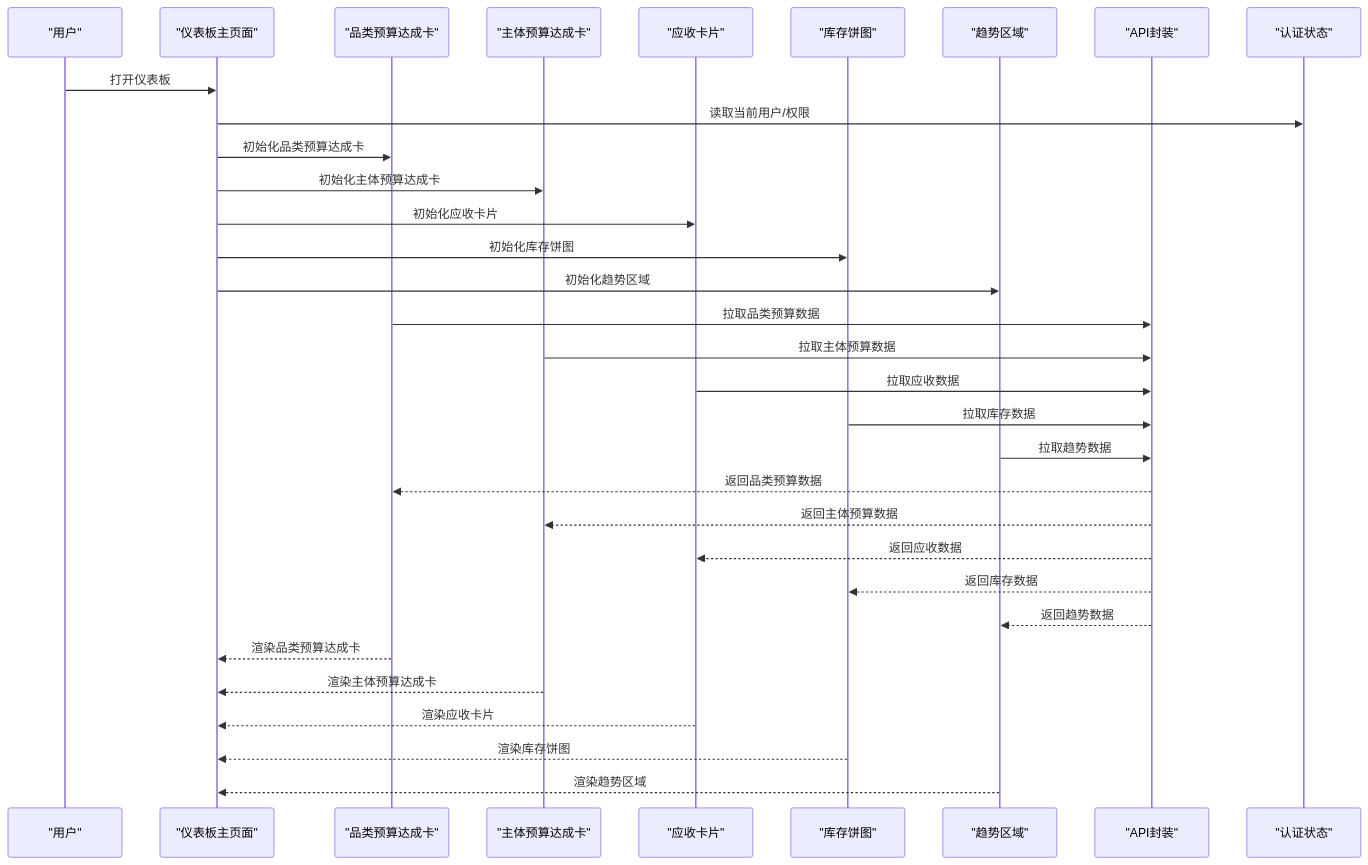
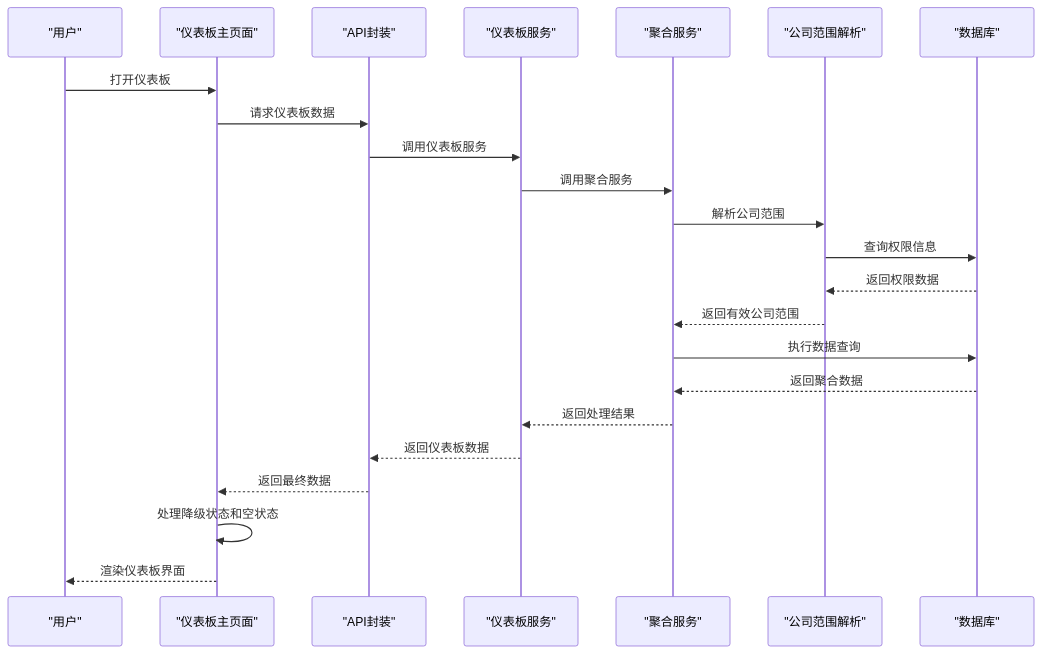
One commit to Damao997/newproject changed the second of 4 diagrams in .qoder/repowiki/zh/content/页面组件/仪表板页面.md. Above: the diagram before and after it, drawn with Mermaid. The commit also changed other lines of this file and 24 other files, not shown here.

````diff
--- a/.qoder/repowiki/zh/content/页面组件/仪表板页面.md
+++ b/.qoder/repowiki/zh/content/页面组件/仪表板页面.md
@@ -160,34 +175,25 @@
 ```mermaid
 sequenceDiagram
 participant U as "用户"
 participant P as "仪表板主页面"
-participant PBC as "品类预算达成卡"
-participant SBC as "主体预算达成卡"
-participant RC as "应收卡片"
-participant IPC as "库存饼图"
-participant TS as "趋势区域"
 participant A as "API封装"
-participant S as "认证状态"
+participant DS as "仪表板服务"
+participant AS as "聚合服务"
+participant RDC as "公司范围解析"
+participant DB as "数据库"
 U->>P : 打开仪表板
-P->>S : 读取当前用户/权限
-P->>PBC : 初始化品类预算达成卡
-P->>SBC : 初始化主体预算达成卡
-P->>RC : 初始化应收卡片
-P->>IPC : 初始化库存饼图
-P->>TS : 初始化趋势区域
-PBC->>A : 拉取品类预算数据
-SBC->>A : 拉取主体预算数据
-RC->>A : 拉取应收数据
-IPC->>A : 拉取库存数据
-TS->>A : 拉取趋势数据
-A-->>PBC : 返回品类预算数据
-A-->>SBC : 返回主体预算数据
-A-->>RC : 返回应收数据
-A-->>IPC : 返回库存数据
-A-->>TS : 返回趋势数据
-PBC-->>P : 渲染品类预算达成卡
-SBC-->>P : 渲染主体预算达成卡
-RC-->>P : 渲染应收卡片
-IPC-->>P : 渲染库存饼图
-TS-->>P : 渲染趋势区域
+P->>A : 请求仪表板数据
+A->>DS : 调用仪表板服务
+DS->>AS : 调用聚合服务
+AS->>RDC : 解析公司范围
+RDC->>DB : 查询权限信息
+DB-->>RDC : 返回权限数据
+RDC-->>AS : 返回有效公司范围
+AS->>DB : 执行数据查询
+DB-->>AS : 返回聚合数据
+AS-->>DS : 返回处理结果
+DS-->>A : 返回仪表板数据
+A-->>P : 返回最终数据
+P->>P : 处理降级状态和空状态
+P-->>U : 渲染仪表板界面
 ```
````
